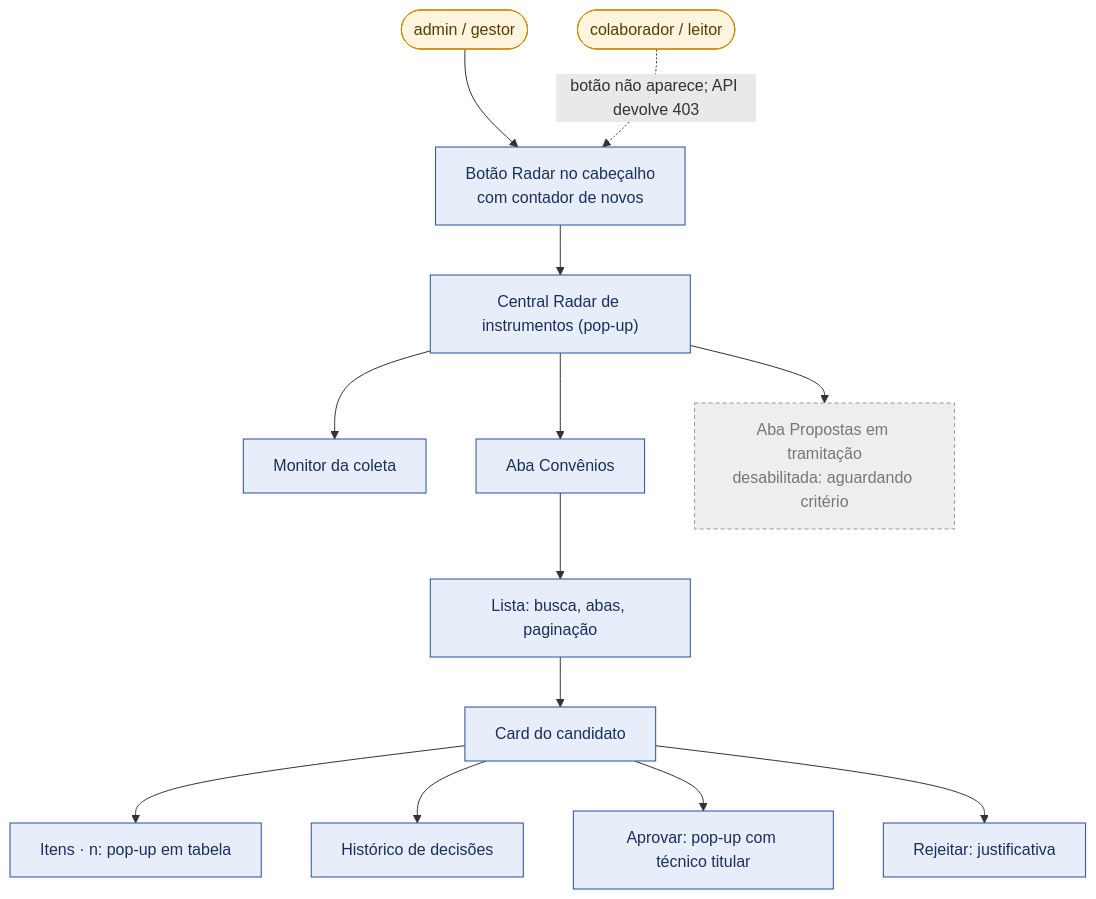
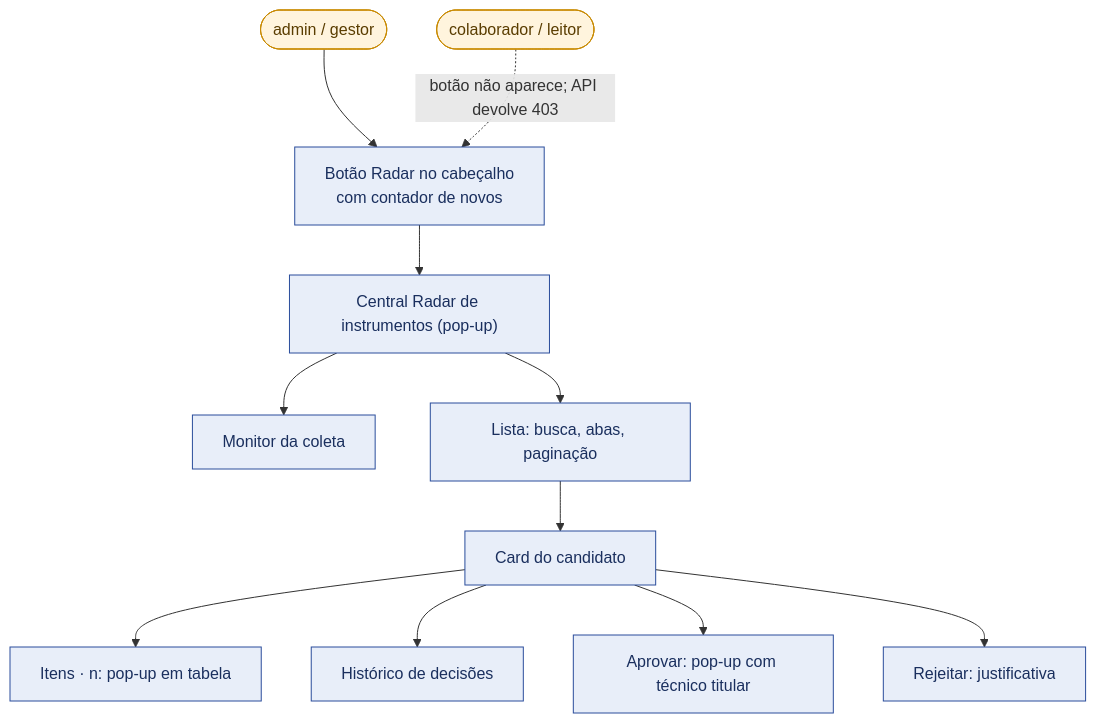
The second of 20 diagrams in docs/mermaid/radar-instrumentos.md (devs-ministerio/par_equipamentos), drawn with Mermaid before and after one commit. The commit also changed other lines of this file and 11 other files, not shown here.

Commit message:
refactor(radar): remove ação iniciar_analise e aba Propostas em tramitação

````diff
--- a/docs/mermaid/radar-instrumentos.md
+++ b/docs/mermaid/radar-instrumentos.md
@@ -39,19 +39,17 @@
 ```mermaid
 flowchart TB
     classDef tela fill:#E8EEF9,stroke:#2A4D9B,color:#1a2f5e
     classDef perfil fill:#FFF4DD,stroke:#C98A00,color:#5a3d00
     classDef off fill:#eee,stroke:#999,color:#777,stroke-dasharray:4 3
 
     P1(["admin / gestor"]):::perfil --> BTN["Botão Radar no cabeçalho<br/>com contador de novos"]:::tela
     P2(["colaborador / leitor"]):::perfil -. "botão não aparece; API devolve 403" .-> BTN
     BTN --> CEN["Central Radar de instrumentos (pop-up)"]:::tela
     CEN --> MON["Monitor da coleta"]:::tela
-    CEN --> ABA1["Aba Convênios"]:::tela
-    CEN --> ABA2["Aba Propostas em tramitação<br/>desabilitada: aguardando critério"]:::off
-    ABA1 --> LISTA["Lista: busca, abas, paginação"]:::tela
+    CEN --> LISTA["Lista: busca, abas, paginação"]:::tela
     LISTA --> CARD["Card do candidato"]:::tela
     CARD --> ITENS["Itens · n: pop-up em tabela"]:::tela
     CARD --> HIST["Histórico de decisões"]:::tela
     CARD --> APR["Aprovar: pop-up com técnico titular"]:::tela
     CARD --> REJ["Rejeitar: justificativa"]:::tela
 ```
````
